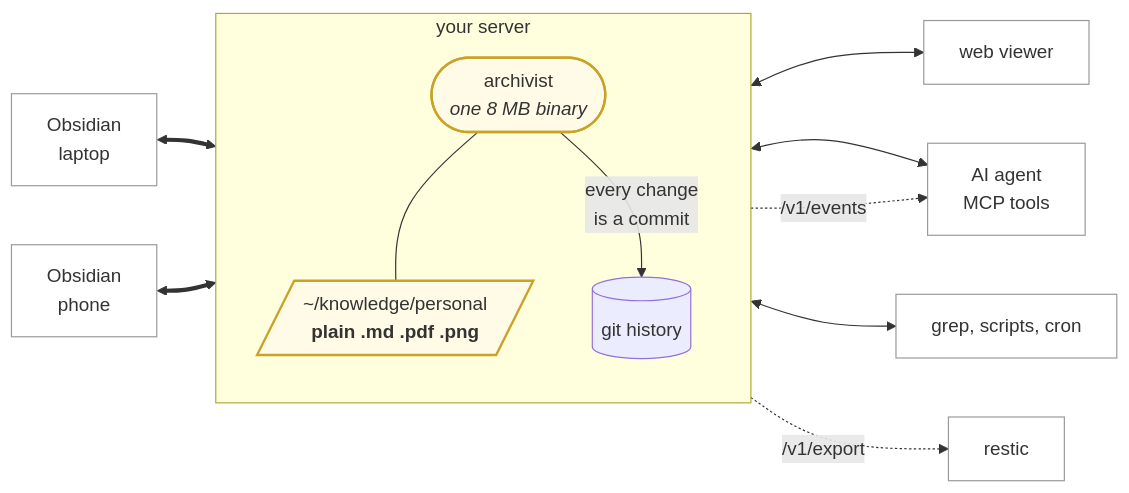
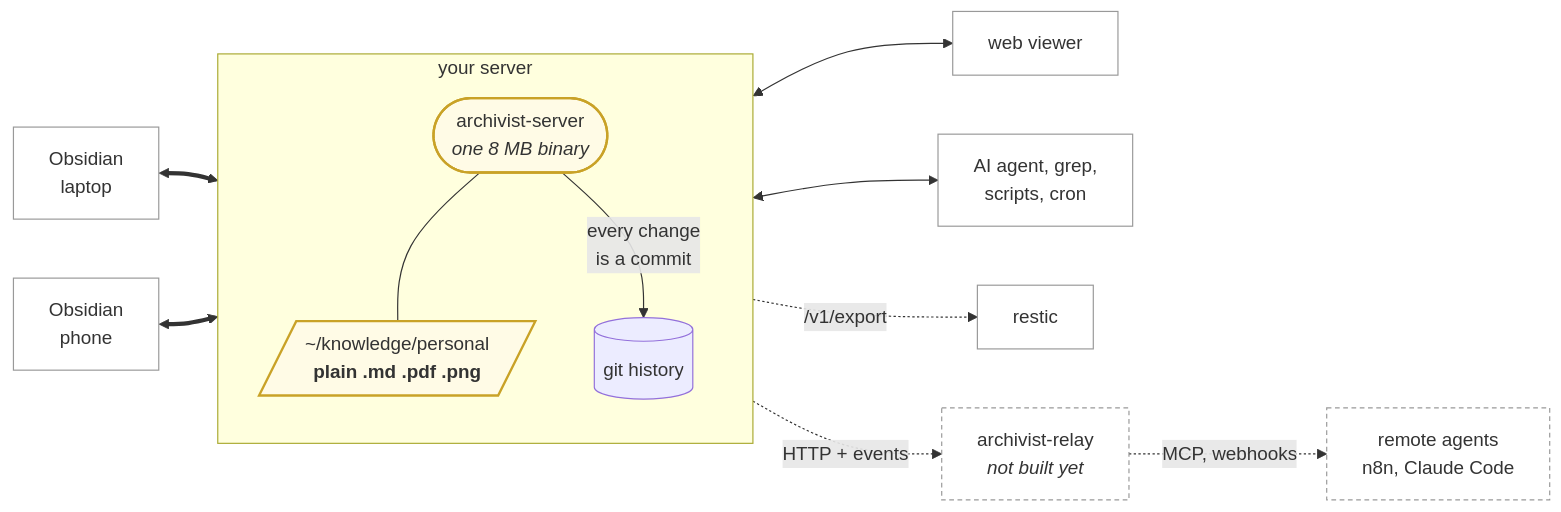
Before and after one commit to pkronstrom/obsidian-archivist: the diagram in README.md, drawn with Mermaid. The commit also changed other lines of this file, not shown here.

First line of the commit message:
docs: README covers the server/relay split

````diff
--- a/README.md
+++ b/README.md
@@ -34,34 +44,37 @@
 ```mermaid
 flowchart LR
     mac["Obsidian<br/>laptop"]
     phone["Obsidian<br/>phone"]
 
     subgraph server ["your server"]
         direction TB
-        vs(["archivist<br/><i>one 8 MB binary</i>"])
+        vs(["archivist-server<br/><i>one 8 MB binary</i>"])
         vault[/"~/knowledge/personal<br/><b>plain .md .pdf .png</b>"/]
         git[("git history")]
         vs --- vault
         vs -->|"every change<br/>is a commit"| git
     end
 
     web["web viewer"]
-    agent["AI agent<br/>MCP tools"]
-    cli["grep, scripts, cron"]
+    local["AI agent, grep,<br/>scripts, cron"]
     restic["restic"]
+    relay["archivist-relay<br/><i>not built yet</i>"]
+    remote["remote agents<br/>n8n, Claude Code"]
 
     mac <==> vs
     phone <==> vs
 
     vault <--> web
-    vault <--> agent
-    vault <--> cli
+    vault <--> local
 
-    vs -.->|"/v1/events"| agent
-    git -.->|"/v1/export"| restic
+    vs -.->|"/v1/export"| restic
+    vs -.->|"HTTP + events"| relay
+    relay -.->|"MCP, webhooks"| remote
 
     classDef plain fill:#fff,stroke:#999
     classDef hot fill:#fffbe6,stroke:#c9a227,stroke-width:2px
+    classDef todo fill:#fff,stroke:#999,stroke-dasharray:4 3
     class vault,vs hot
-    class mac,phone,web,agent,cli,restic plain
+    class mac,phone,web,local,restic plain
+    class relay,remote todo
 ```
````
